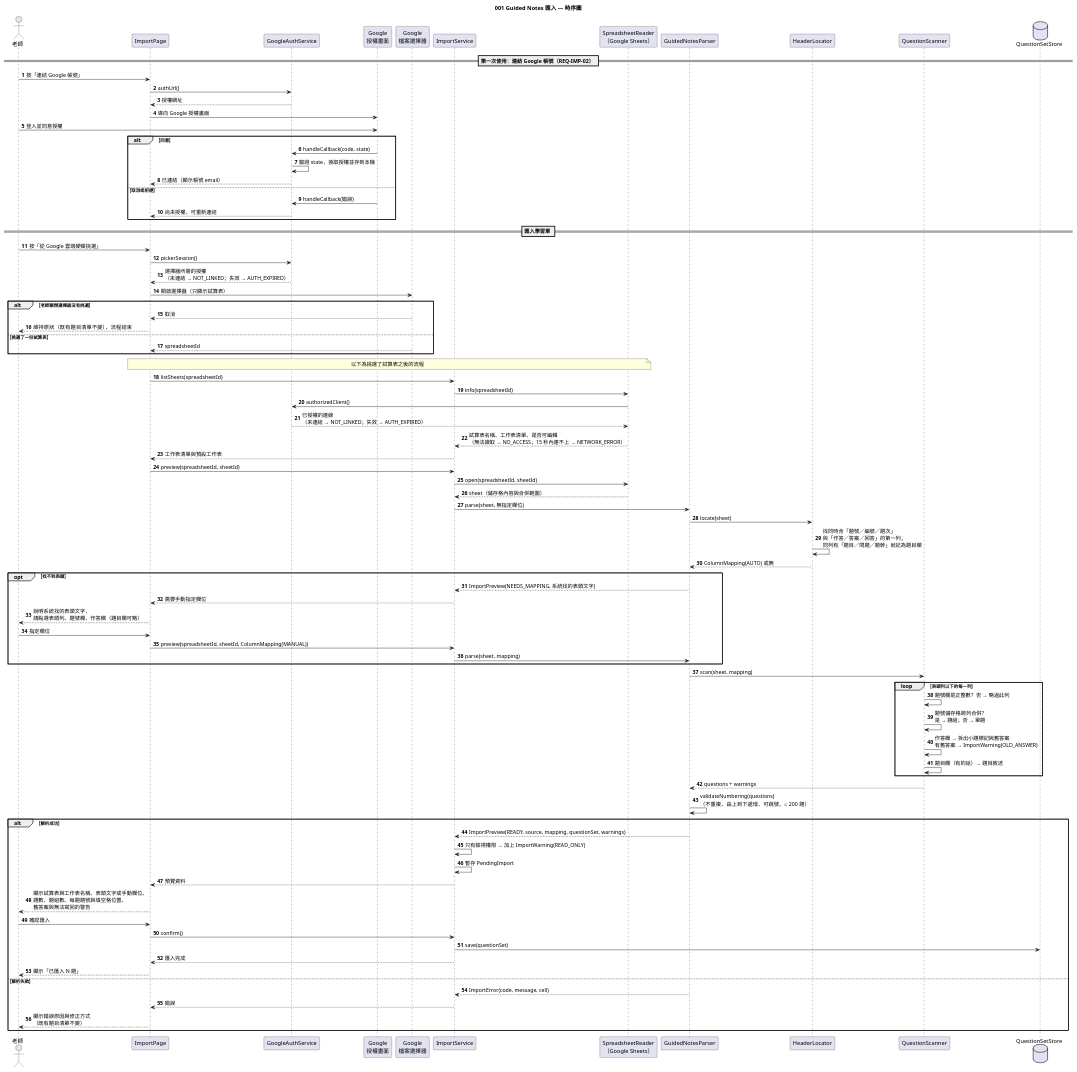
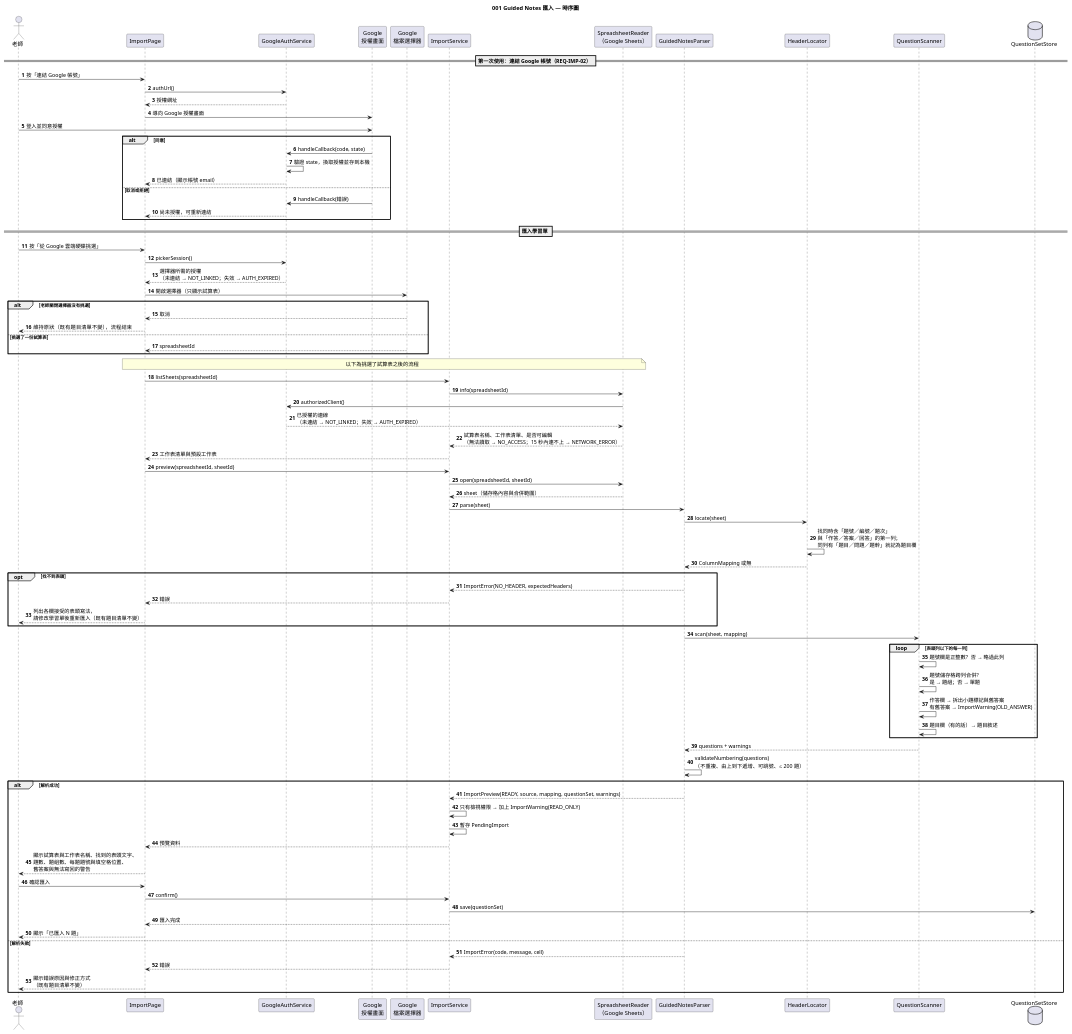
Before and after one commit to Ting10-01/quiz_buzzer_speckit: the diagram in diagrams/001-sequence.puml, drawn with PlantUML. The commit also changed 13 other files, not shown here.

First line of the commit message:
spec(001): 依 spec 修改同步 plan、圖表與 tasks

```diff
--- a/diagrams/001-sequence.puml
+++ b/diagrams/001-sequence.puml
@@ -1,95 +1,92 @@
 @startuml
 title 001 Guided Notes 匯入 — 時序圖
 skinparam shadowing false
 autonumber
 
 actor "老師" as T
 participant "ImportPage" as P
 participant "GoogleAuthService" as A
 participant "Google\n授權畫面" as G
 participant "Google\n檔案選擇器" as GP2
 participant "ImportService" as S
 participant "SpreadsheetReader\n（Google Sheets）" as R
 participant "GuidedNotesParser" as GP
 participant "HeaderLocator" as HL
 participant "QuestionScanner" as QS
 database "QuestionSetStore" as Store
 
 == 第一次使用：連結 Google 帳號（REQ-IMP-02） ==
 T -> P : 按「連結 Google 帳號」
 P -> A : authUrl()
 A --> P : 授權網址
 P -> G : 導向 Google 授權畫面
 T -> G : 登入並同意授權
 alt 同意
   G -> A : handleCallback(code, state)
   A -> A : 驗證 state，換取授權並存到本機
   A --> P : 已連結（顯示帳號 email）
 else 取消或拒絕
   G -> A : handleCallback(錯誤)
   A --> P : 尚未授權，可重新連結
 end
 
 == 匯入學習單 ==
 T -> P : 按「從 Google 雲端硬碟挑選」
 P -> A : pickerSession()
 A --> P : 選擇器所需的授權\n（未連結 → NOT_LINKED；失效 → AUTH_EXPIRED）
 P -> GP2 : 開啟選擇器（只顯示試算表）
 alt 老師關閉選擇器沒有挑選
   GP2 --> P : 取消
   P --> T : 維持原狀（既有題目清單不變），流程結束
 else 挑選了一份試算表
   GP2 --> P : spreadsheetId
 end
 note over P, R : 以下為挑選了試算表之後的流程
 P -> S : listSheets(spreadsheetId)
 S -> R : info(spreadsheetId)
 R -> A : authorizedClient()
 A --> R : 已授權的連線\n（未連結 → NOT_LINKED；失效 → AUTH_EXPIRED）
 R --> S : 試算表名稱、工作表清單、是否可編輯\n（無法讀取 → NO_ACCESS；15 秒內連不上 → NETWORK_ERROR）
 S --> P : 工作表清單與預設工作表
 P -> S : preview(spreadsheetId, sheetId)
 S -> R : open(spreadsheetId, sheetId)
 R --> S : sheet（儲存格內容與合併範圍）
-S -> GP : parse(sheet, 無指定欄位)
+S -> GP : parse(sheet)
 
 GP -> HL : locate(sheet)
 HL -> HL : 找同時含「題號／編號／題次」\n與「作答／答案／回答」的第一列；\n同列有「題目／問題／題幹」就記為題目欄
-HL --> GP : ColumnMapping(AUTO) 或無
+HL --> GP : ColumnMapping 或無
 
 opt 找不到表頭
-  GP --> S : ImportPreview(NEEDS_MAPPING, 系統找的表頭文字)
-  S --> P : 需要手動指定欄位
-  P --> T : 說明系統找的表頭文字，\n請點選表頭列、題號欄、作答欄（題目欄可略）
-  T -> P : 指定欄位
-  P -> S : preview(spreadsheetId, sheetId, ColumnMapping(MANUAL))
-  S -> GP : parse(sheet, mapping)
+  GP --> S : ImportError(NO_HEADER, expectedHeaders)
+  S --> P : 錯誤
+  P --> T : 列出各欄接受的表頭寫法，\n請修改學習單後重新匯入（既有題目清單不變）
 end
 
 GP -> QS : scan(sheet, mapping)
 loop 表頭列以下的每一列
   QS -> QS : 題號欄是正整數？否 → 略過此列
   QS -> QS : 題號儲存格跨列合併？\n是 → 題組；否 → 單題
   QS -> QS : 作答欄 → 拆出小題標記與舊答案\n有舊答案 → ImportWarning(OLD_ANSWER)
   QS -> QS : 題目欄（有的話）→ 題目敘述
 end
 QS --> GP : questions + warnings
 GP -> GP : validateNumbering(questions)\n（不重複、由上到下遞增、可跳號、≤ 200 題）
 
 alt 解析成功
   GP --> S : ImportPreview(READY, source, mapping, questionSet, warnings)
   S -> S : 只有檢視權限 → 加上 ImportWarning(READ_ONLY)
   S -> S : 暫存 PendingImport
   S --> P : 預覽資料
-  P --> T : 顯示試算表與工作表名稱、表頭文字或手動欄位、\n題數、題組數、每題題號與填空格位置、\n舊答案與無法寫回的警告
+  P --> T : 顯示試算表與工作表名稱、找到的表頭文字、\n題數、題組數、每題題號與填空格位置、\n舊答案與無法寫回的警告
   T -> P : 確認匯入
   P -> S : confirm()
   S -> Store : save(questionSet)
   S --> P : 匯入完成
   P --> T : 顯示「已匯入 N 題」
 else 解析失敗
   GP --> S : ImportError(code, message, cell)
   S --> P : 錯誤
   P --> T : 顯示錯誤原因與修正方式\n（既有題目清單不變）
 end
 @enduml
```
